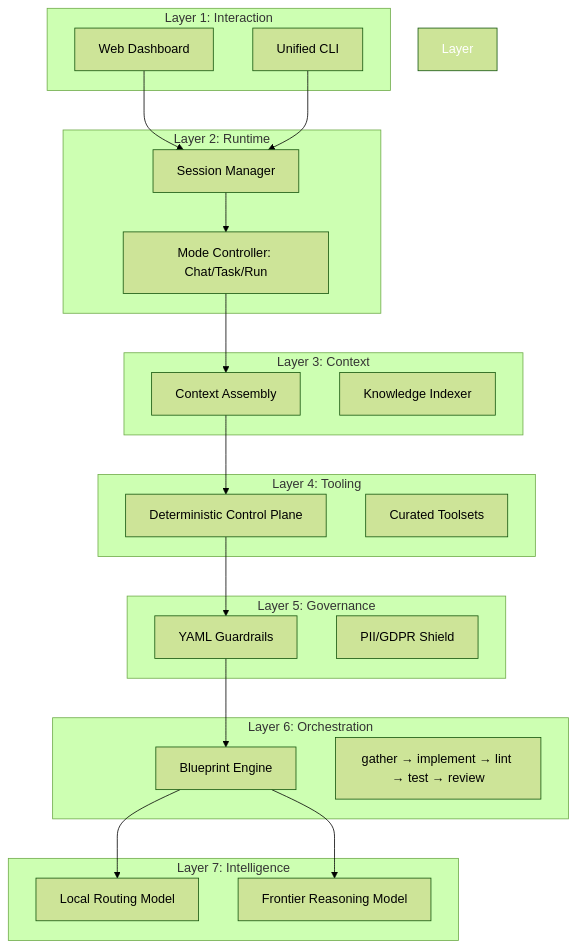
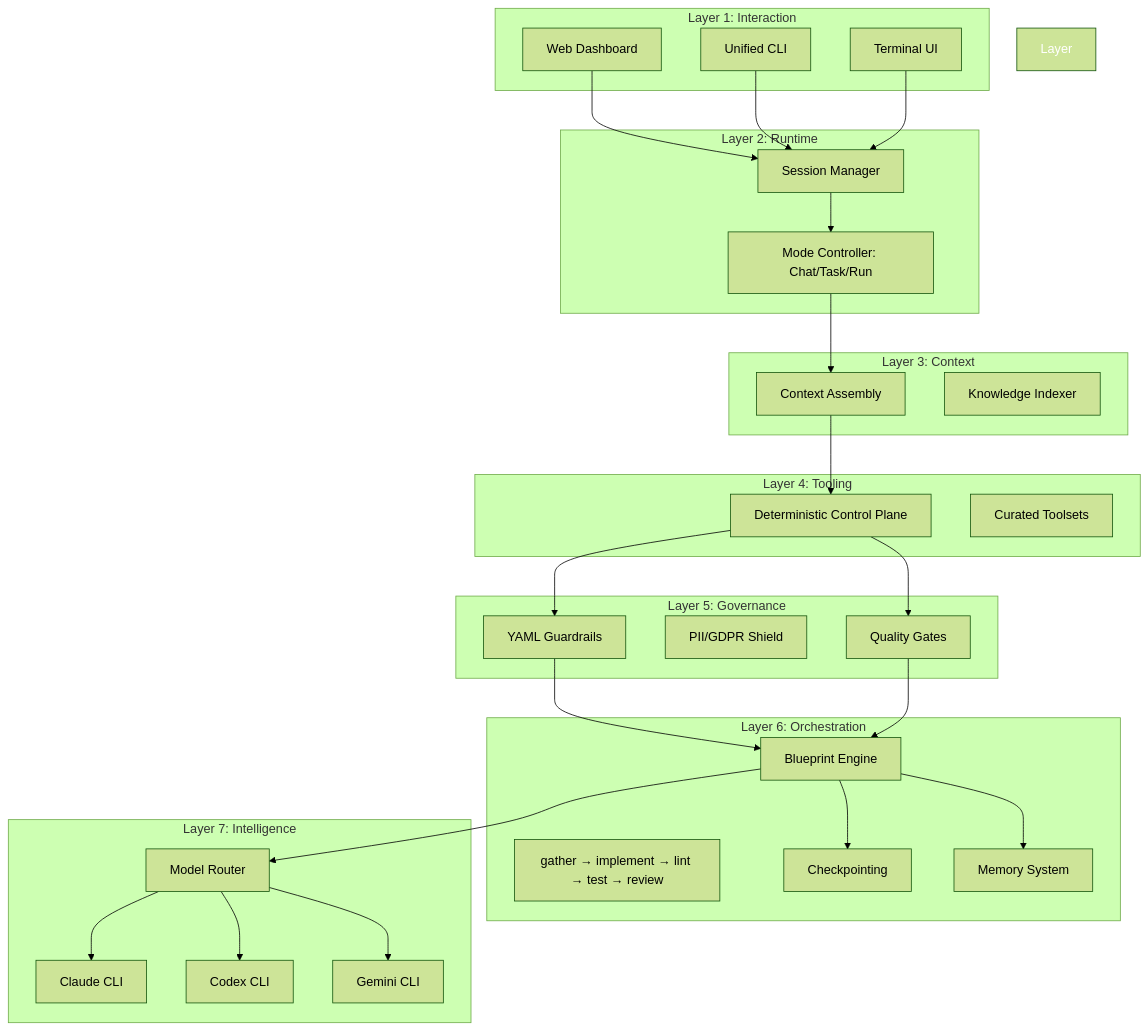
The first of 2 diagrams in README.md (openexec/openexec), drawn with Mermaid (forest theme) before and after one commit. The commit also changed other lines of this file and 3 other files, not shown here.

First line of the commit message:
docs: Clarify architecture - OpenExec orchestrates CLIs, not APIs

````diff
--- a/README.md
+++ b/README.md
@@ -76,49 +147,58 @@
 ```mermaid
 graph TD
     subgraph Layer 1: Interaction
         UI[Web Dashboard]
         CLI[Unified CLI]
+        TUI[Terminal UI]
     end
 
     subgraph Layer 2: Runtime
         Session[Session Manager]
         Mode[Mode Controller: Chat/Task/Run]
     end
 
     subgraph Layer 3: Context
         Assembly[Context Assembly]
         Index[Knowledge Indexer]
     end
 
     subgraph Layer 4: Tooling
         DCP[Deterministic Control Plane]
         Toolsets[Curated Toolsets]
     end
 
     subgraph Layer 5: Governance
         Policy[YAML Guardrails]
         PII[PII/GDPR Shield]
+        Quality[Quality Gates]
     end
 
     subgraph Layer 6: Orchestration
         Engine[Blueprint Engine]
         Flow[gather → implement → lint → test → review]
+        Checkpoint[Checkpointing]
+        Memory[Memory System]
     end
 
     subgraph Layer 7: Intelligence
-        Local[Local Routing Model]
-        Frontier[Frontier Reasoning Model]
+        Router[Model Router]
+        ClaudeCLI[Claude CLI]
+        CodexCLI[Codex CLI]
+        GeminiCLI[Gemini CLI]
     end
 
-    UI & CLI --> Session
+    UI & CLI & TUI --> Session
     Session --> Mode
     Mode --> Assembly
     Assembly --> DCP
-    DCP --> Policy
-    Policy --> Engine
-    Engine --> Local & Frontier
+    DCP --> Policy & Quality
+    Policy & Quality --> Engine
+    Engine --> Checkpoint & Memory
+    Engine --> Router
+    Router --> ClaudeCLI & CodexCLI & GeminiCLI
 
     style Layer 6: Orchestration fill:#8957e5,color:#fff
     style Layer 5: Governance fill:#238636,color:#fff
     style Layer 4: Tooling fill:#1f6feb,color:#fff
+    style Layer 7: Intelligence fill:#db61a2,color:#fff
 ```
````
